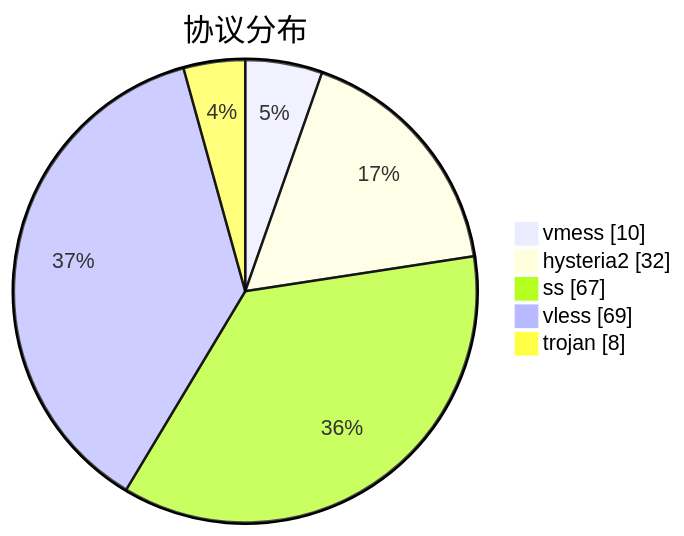
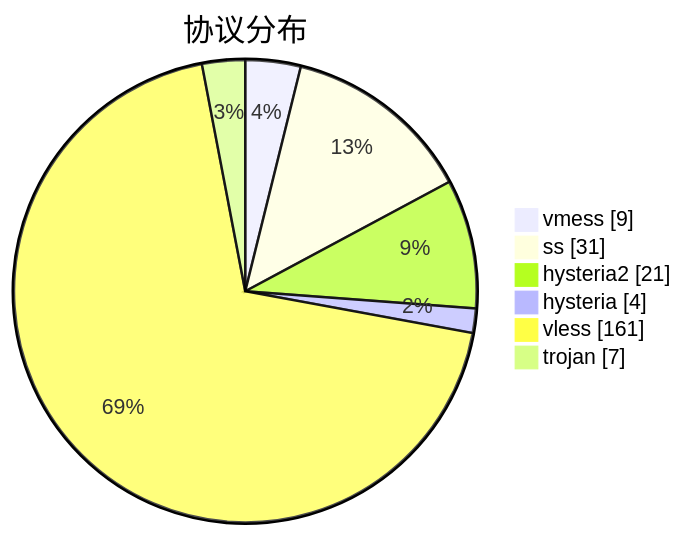
The third of 3 diagrams in subs/statistics/tested_within.md (sinspired/airport), drawn with Mermaid before and after one commit. The commit also changed other lines of this file and 2 other files, not shown here.

````diff
--- a/subs/statistics/tested_within.md
+++ b/subs/statistics/tested_within.md
@@ -45,9 +38,10 @@
 ```mermaid
 pie showData
 title 协议分布
-"vmess" : 10
-"hysteria2" : 32
-"ss" : 67
-"vless" : 69
-"trojan" : 8
+"vmess" : 9
+"ss" : 31
+"hysteria2" : 21
+"hysteria" : 4
+"vless" : 161
+"trojan" : 7
 ```
````
